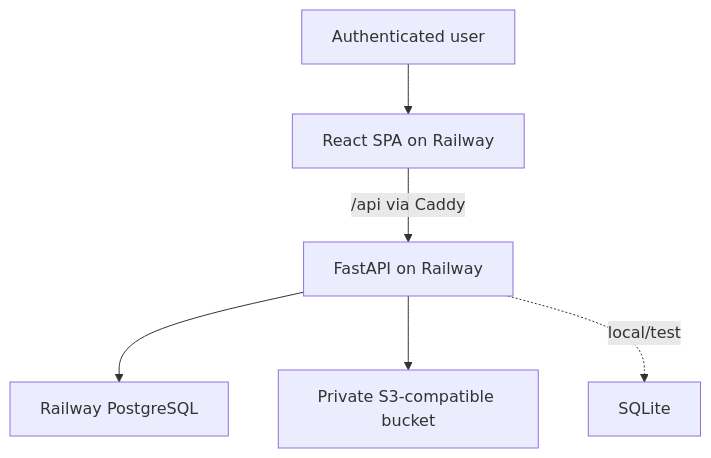
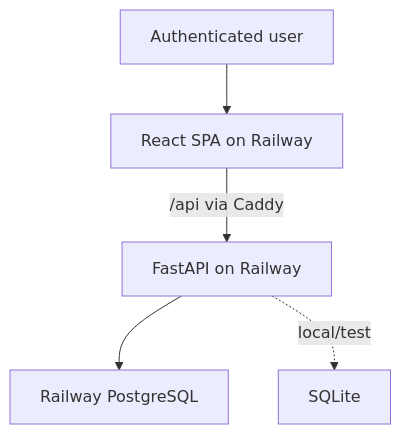
Before and after one commit to RahulGusai/pricing-calculator: the first of 2 diagrams in docs/architecture.md, drawn with Mermaid. The commit also changed other lines of this file and 77 other files, not shown here.

````diff
--- a/docs/architecture.md
+++ b/docs/architecture.md
@@ -13,8 +13,7 @@
 ```mermaid
 flowchart TB
     User["Authenticated user"] --> Web["React SPA on Railway"]
     Web -->|"/api via Caddy"| API["FastAPI on Railway"]
     API --> PG["Railway PostgreSQL"]
-    API --> Bucket["Private S3-compatible bucket"]
     API -. local/test .-> SQLite["SQLite"]
 ```
````
